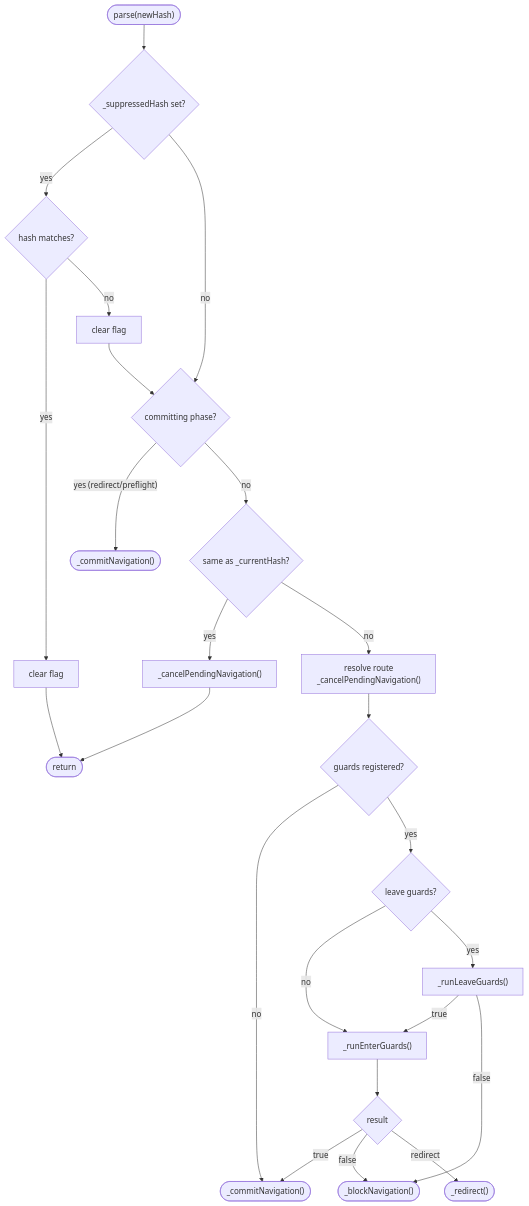
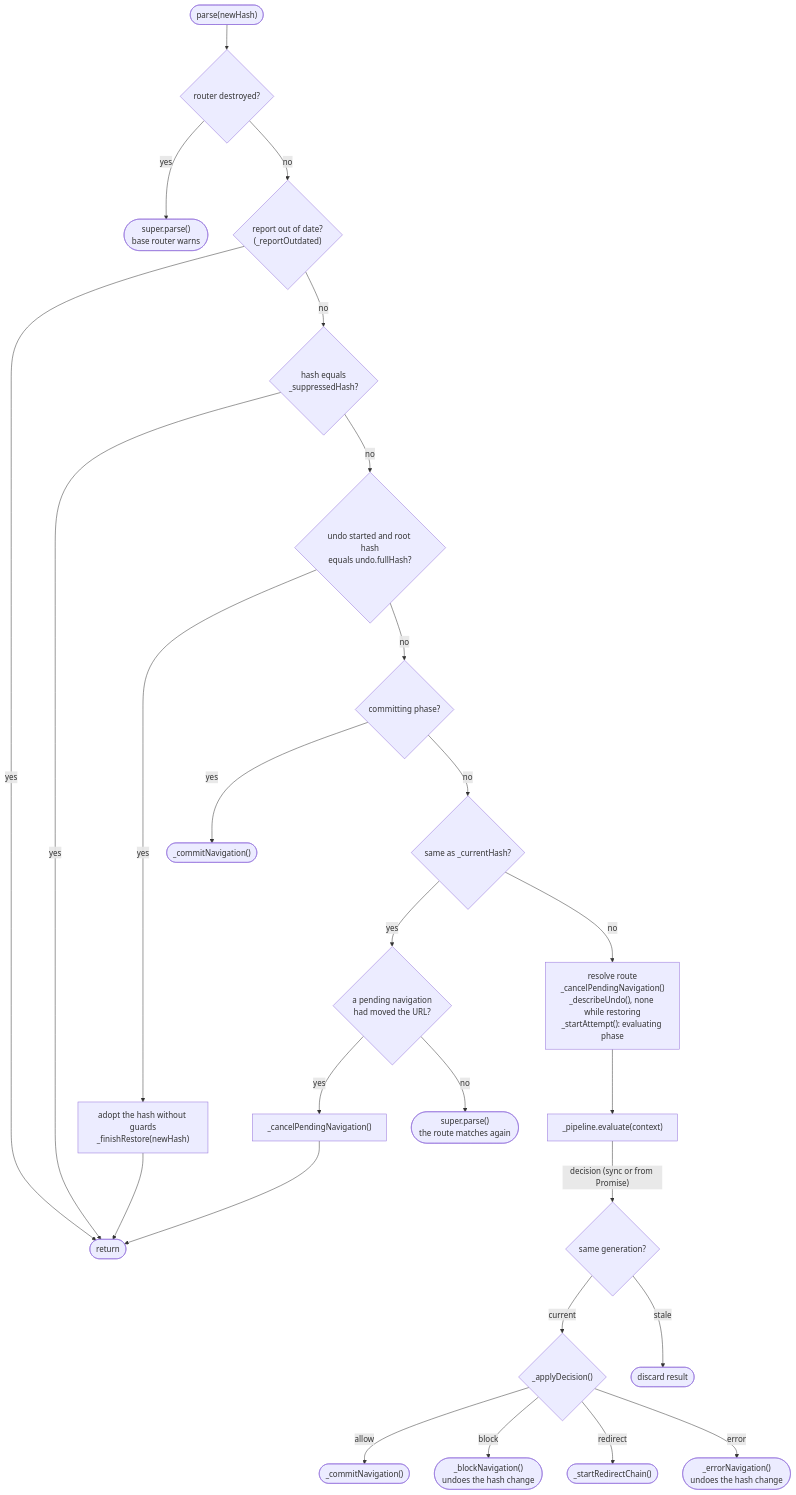
One commit to wridgeu/ui5-lib-guard-router changed the first of 9 diagrams in docs/reference/architecture.md. Above: the diagram before and after it, drawn with Mermaid. The commit also changed other lines of this file and 259 other files, not shown here.

First line of the commit message:
feat(router): owner component for guards; harden navigation and guard loading (#70)

````diff
--- a/docs/reference/architecture.md
+++ b/docs/reference/architecture.md
@@ -175,27 +191,28 @@
 ```mermaid
 flowchart TD
-    start(["parse(newHash)"]) --> suppress{_suppressedHash set?}
-    suppress -- "yes" --> smatch{hash matches?}
-    smatch -- "yes" --> sclear["clear flag"] --> ret(["return"])
-    smatch -- "no" --> sclear2["clear flag"] --> redir
-    suppress -- "no" --> redir{committing phase?}
-    redir -- "yes (redirect/preflight)" --> bypass(["_commitNavigation()"])
+    start(["parse(newHash)"]) --> destroyed{"router destroyed?"}
+    destroyed -- "yes" --> warn(["super.parse()<br/>base router warns"])
+    destroyed -- "no" --> outdated{"report out of date?<br/>(_reportOutdated)"}
+    outdated -- "yes" --> ret(["return"])
+    outdated -- "no" --> suppress{"hash equals<br/>_suppressedHash?"}
+    suppress -- "yes" --> ret
+    suppress -- "no" --> back{"undo started and root hash<br/>equals undo.fullHash?"}
+    back -- "yes" --> adopt["adopt the hash without guards<br/>_finishRestore(newHash)"] --> ret
+    back -- "no" --> redir{committing phase?}
+    redir -- "yes" --> bypass(["_commitNavigation()"])
     redir -- "no" --> samehash{same as _currentHash?}
-    samehash -- "yes" --> canceldup["_cancelPendingNavigation()"] --> ret
-    samehash -- "no" --> setup["resolve route<br/>_cancelPendingNavigation()"]
+    samehash -- "yes" --> moved{"a pending navigation<br/>had moved the URL?"}
+    moved -- "yes" --> canceldup["_cancelPendingNavigation()"] --> ret
+    moved -- "no" --> match(["super.parse()<br/>the route matches again"])
+    samehash -- "no" --> setup["resolve route<br/>_cancelPendingNavigation()<br/>_describeUndo(), none while restoring<br/>_startAttempt(): evaluating phase"]
 
-    setup --> guards{guards registered?}
-    guards -- "no" --> commit(["_commitNavigation()"])
-    guards -- "yes" --> leave
+    setup --> evaluate["_pipeline.evaluate(context)"]
+    evaluate -- "decision (sync or from Promise)" --> stale{"same generation?"}
+    stale -- "current" --> apply{"_applyDecision()"}
+    stale -- "stale" --> discard(["discard result"])
 
-    leave{leave guards?}
-    leave -- "no" --> enter
-    leave -- "yes" --> runleave["_runLeaveGuards()"]
-    runleave -- "true" --> enter["_runEnterGuards()"]
-    runleave -- "false" --> block
-
-    enter --> result{result}
-    result -- "true" --> commit
-    result -- "false" --> block(["_blockNavigation()"])
-    result -- "redirect" --> redirect(["_redirect()"])
+    apply -- "allow" --> commit(["_commitNavigation()"])
+    apply -- "block" --> block(["_blockNavigation()<br/>undoes the hash change"])
+    apply -- "redirect" --> redirect(["_startRedirectChain()"])
+    apply -- "error" --> errornav(["_errorNavigation()<br/>undoes the hash change"])
 ```
````
